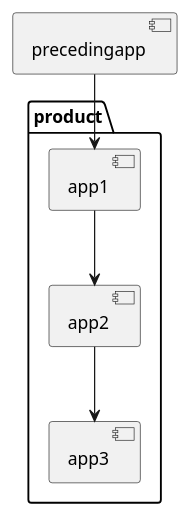
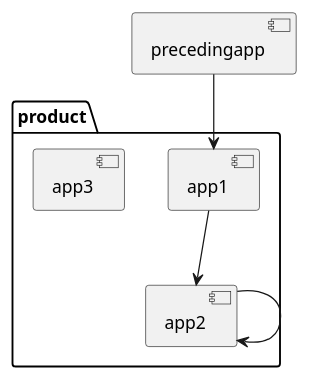
The diagram in output.plantuml (zalum/context-diagram-visualizer), drawn with PlantUML before and after one commit. The commit also changed 5 other files, not shown here.

Commit message:
put fk at the end of the graph

```diff
--- a/output.plantuml
+++ b/output.plantuml
@@ -1,8 +1,8 @@
 folder product{
 [app2]
 [app1]
 [app3]
 }
 [precedingapp]-->[app1]
 [app1]-->[app2]
-[app2]-->[app3]
+[app2]-->[app2]
```
